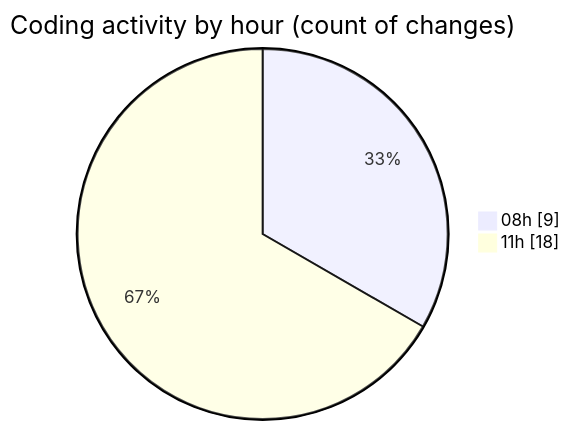
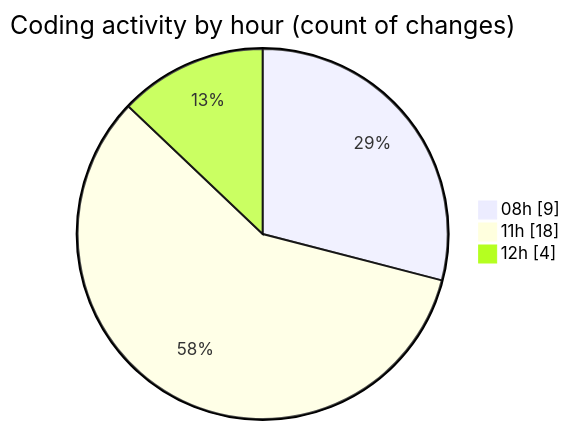
The second of 2 diagrams in 2026-04-17/cda/README.md (momahboobian/code-tracking), drawn with Mermaid before and after one commit. The commit also changed other lines of this file and 1 other file, not shown here.

````diff
--- a/2026-04-17/cda/README.md
+++ b/2026-04-17/cda/README.md
@@ -45,6 +46,7 @@
 ```mermaid
 pie showData
 title Coding activity by hour (count of changes)
 "08h" : 9
 "11h" : 18
+"12h" : 4
 ```
````
